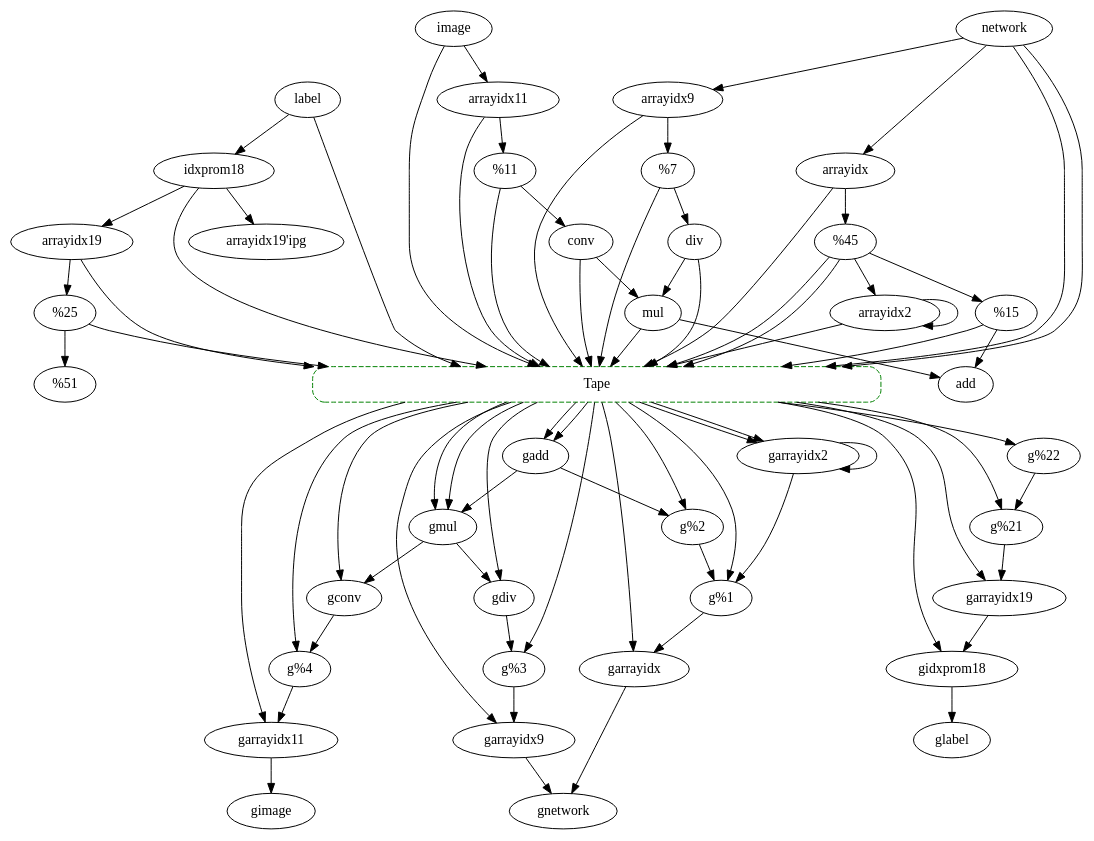
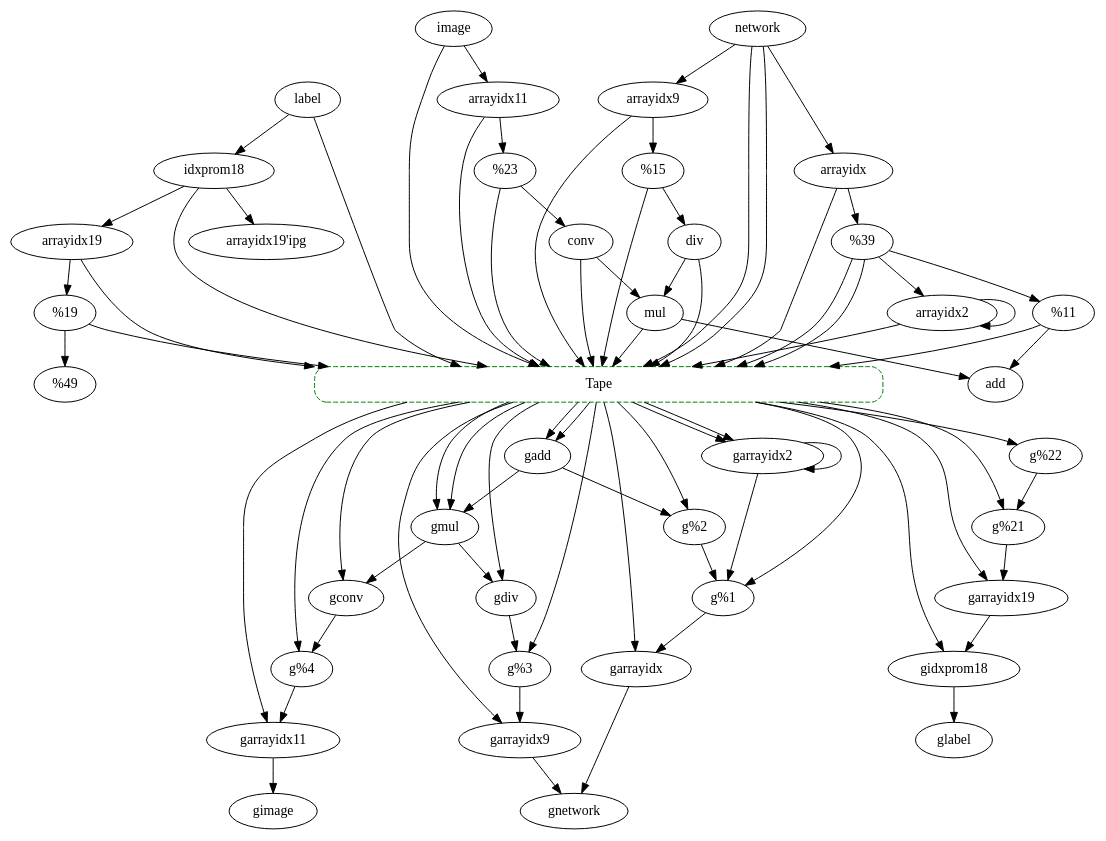
Before and after one commit to sfu-arch/Enzyme: the diagram in enzyme/benchmarks/nn/store.dot, drawn with Graphviz. The commit also changed other lines of this file and 40 other files, not shown here.

```diff
--- a/enzyme/benchmarks/nn/store.dot
+++ b/enzyme/benchmarks/nn/store.dot
@@ -1,87 +1,87 @@
 digraph G {
 	{
 		node [shape=Mrecord, color=green, style=dashed, width=8];
 		Tape
 	}
 	subgraph Forward {
 		"conv" -> "mul"
-		"%3" -> "div"
-		"%4" -> "conv"
+		"idxprom18" -> "arrayidx19"
+		"idxprom18" -> "arrayidx19'ipg"
 		"%2" -> "add"
 		"arrayidx9" -> "%3"
-		"idxprom18" -> "arrayidx19'ipg"
-		"idxprom18" -> "arrayidx19"
 		"arrayidx19" -> "%21"
-		"div" -> "mul"
-		"arrayidx2" -> "arrayidx2"
+		"arrayidx11" -> "%4"
 		"mul" -> "add"
 		"image" -> "arrayidx11"
+		"network" -> "arrayidx9"
 		"network" -> "arrayidx"
-		"network" -> "arrayidx9"
 		"label" -> "idxprom18"
-		"arrayidx11" -> "%4"
+		"arrayidx2" -> "arrayidx2"
+		"arrayidx" -> "%1"
 		"%1" -> "arrayidx2"
 		"%1" -> "%2"
+		"%4" -> "conv"
 		"%21" -> "%22"
-		"arrayidx" -> "%1"
+		"div" -> "mul"
+		"%3" -> "div"
 	}
 	subgraph Reverse {
 		"gconv" -> "g%4"
 		"%4" -> Tape
 		Tape -> "gconv"
-		"g%3" -> "garrayidx9"
-		"arrayidx9" -> Tape
-		Tape -> "g%3"
-		"g%4" -> "garrayidx11"
-		"arrayidx11" -> Tape
-		Tape -> "g%4"
+		"gidxprom18" -> "glabel"
+		"label" -> Tape
+		Tape -> "gidxprom18"
 		"g%2" -> "g%1"
 		"%1" -> Tape
 		Tape -> "g%2"
 		"garrayidx9" -> "gnetwork"
 		"network" -> Tape
 		Tape -> "garrayidx9"
-		"gidxprom18" -> "glabel"
-		"label" -> Tape
-		Tape -> "gidxprom18"
 		"garrayidx19" -> "gidxprom18"
 		"idxprom18" -> Tape
 		Tape -> "garrayidx19"
 		"g%22" -> "g%21"
 		"%21" -> Tape
 		Tape -> "g%22"
-		"gdiv" -> "g%3"
-		"%3" -> Tape
-		Tape -> "gdiv"
+		"gadd" -> "gmul"
+		"mul" -> Tape
+		Tape -> "gadd"
+		"gadd" -> "g%2"
+		"%2" -> Tape
+		Tape -> "gadd"
+		"garrayidx11" -> "gimage"
+		"image" -> Tape
+		Tape -> "garrayidx11"
+		"gmul" -> "gconv"
+		"conv" -> Tape
+		Tape -> "gmul"
+		"gmul" -> "gdiv"
+		"div" -> Tape
+		Tape -> "gmul"
 		"garrayidx2" -> "garrayidx2"
 		"arrayidx2" -> Tape
 		Tape -> "garrayidx2"
 		"garrayidx2" -> "g%1"
 		"%1" -> Tape
 		Tape -> "garrayidx2"
-		"gmul" -> "gconv"
-		"conv" -> Tape
-		Tape -> "gmul"
-		"gmul" -> "gdiv"
-		"div" -> Tape
-		Tape -> "gmul"
-		"gadd" -> "g%2"
-		"%2" -> Tape
-		Tape -> "gadd"
-		"gadd" -> "gmul"
-		"mul" -> Tape
-		Tape -> "gadd"
-		"garrayidx11" -> "gimage"
-		"image" -> Tape
-		Tape -> "garrayidx11"
+		"garrayidx" -> "gnetwork"
+		"network" -> Tape
+		Tape -> "garrayidx"
 		"g%1" -> "garrayidx"
 		"arrayidx" -> Tape
 		Tape -> "g%1"
+		"g%4" -> "garrayidx11"
+		"arrayidx11" -> Tape
+		Tape -> "g%4"
 		"g%21" -> "garrayidx19"
 		"arrayidx19" -> Tape
 		Tape -> "g%21"
-		"garrayidx" -> "gnetwork"
-		"network" -> Tape
-		Tape -> "garrayidx"
+		"gdiv" -> "g%3"
+		"%3" -> Tape
+		Tape -> "gdiv"
+		"g%3" -> "garrayidx9"
+		"arrayidx9" -> Tape
+		Tape -> "g%3"
 	}
 }
```
